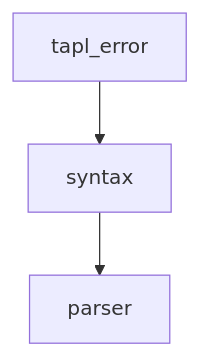
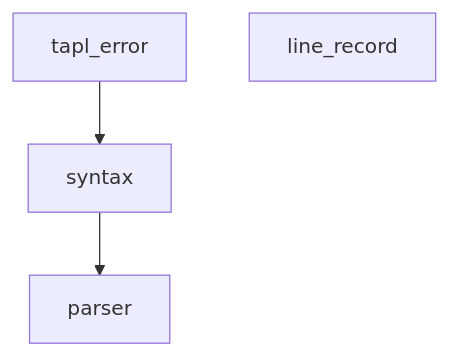
One commit to tapl-org/tapl changed the diagram in python/tapl-lang/src/tapl_lang/core/README.md. Above: the diagram before and after it, drawn with Mermaid.

Commit message:
Update README.md of python/core: add line_record to the dependency graph

````diff
--- a/python/tapl-lang/src/tapl_lang/core/README.md
+++ b/python/tapl-lang/src/tapl_lang/core/README.md
@@ -13,5 +13,6 @@
 ```mermaid
 graph TD;
     tapl_error-->syntax;
     syntax-->parser;
+    line_record;
 ```
````
